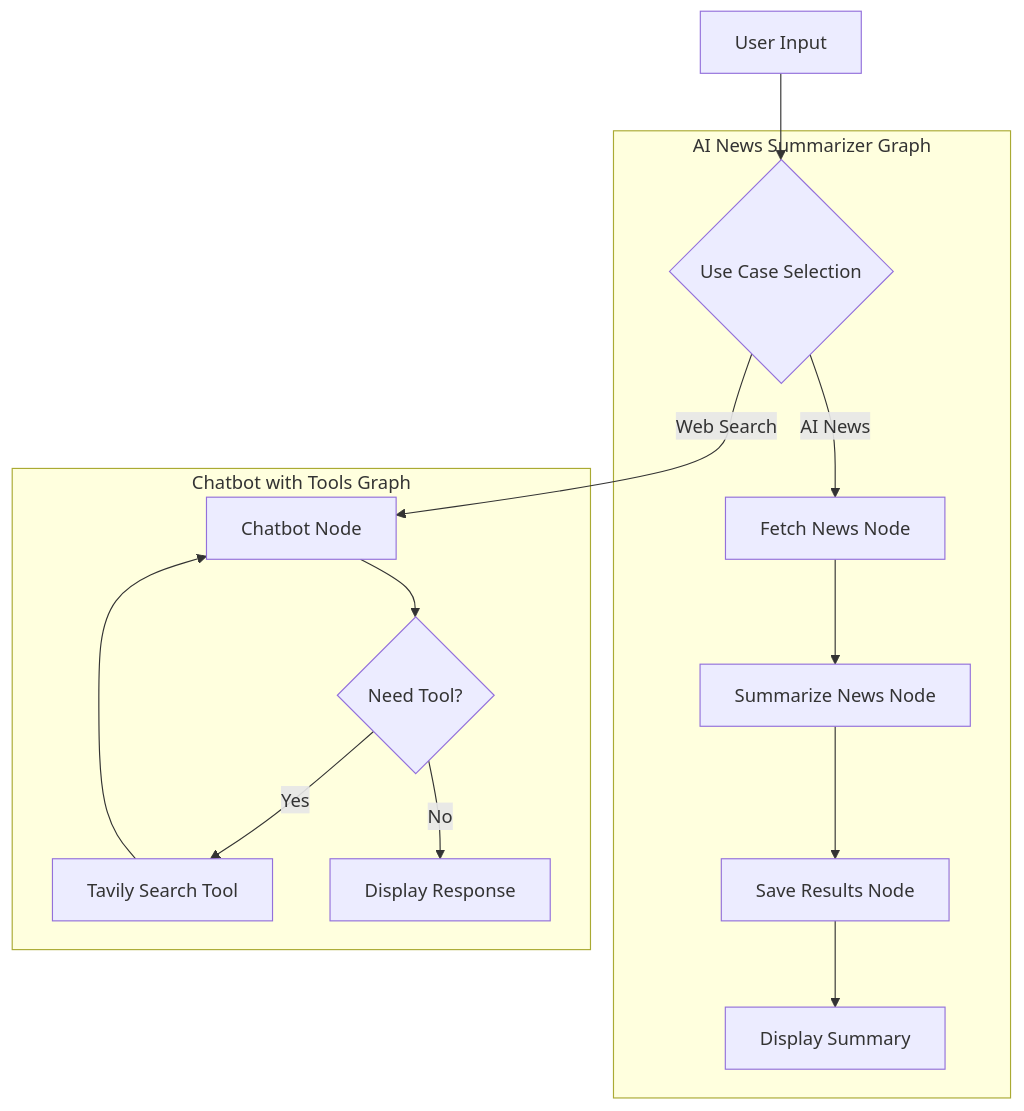
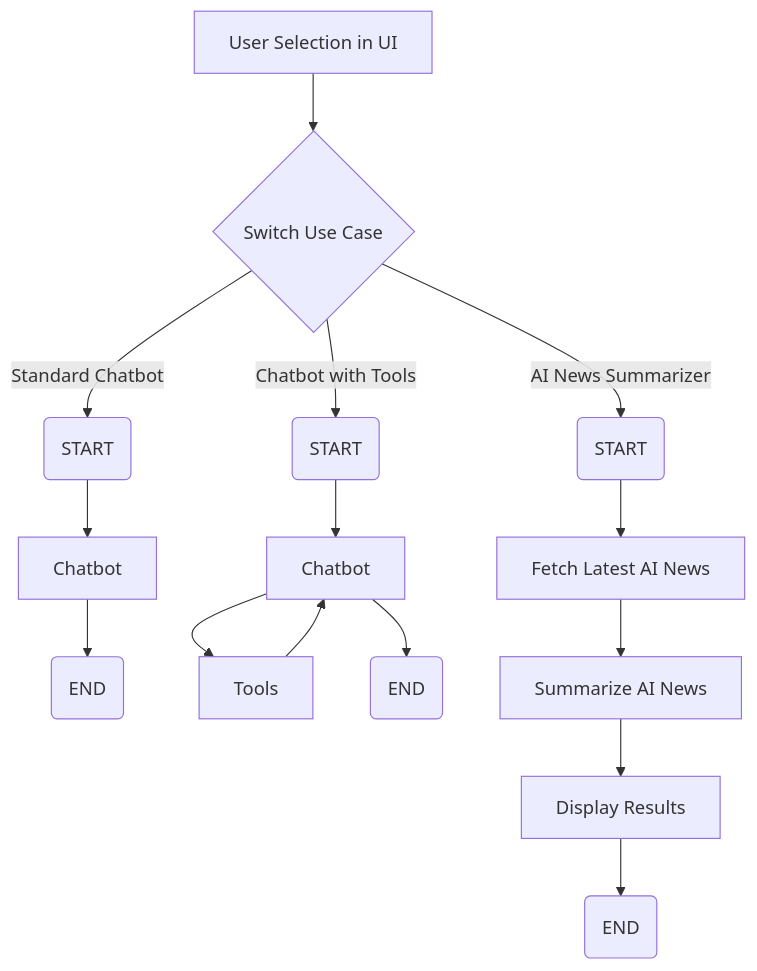
Before and after one commit to elavalasrinivasreddy/AI_News_Summarizer: the diagram in README.md, drawn with Mermaid. The commit also changed other lines of this file, not shown here.

Commit message:
architecture diagram is updated.

````diff
--- a/README.md
+++ b/README.md
@@ -34,19 +34,20 @@
 ```mermaid
 graph TD
-    A[User Input] --> B{Use Case Selection}
-    
-    subgraph "AI News Summarizer Graph"
-    B -->|AI News| C[Fetch News Node]
-    C --> D[Summarize News Node]
-    D --> E[Save Results Node]
-    E --> F[Display Summary]
-    end
-    
-    subgraph "Chatbot with Tools Graph"
-    B -->|Web Search| G[Chatbot Node]
-    G --> H{Need Tool?}
-    H -->|Yes| I[Tavily Search Tool]
-    I --> G
-    H -->|No| J[Display Response]
-    end
+    A[User Selection in UI] --> B{Switch Use Case}
+
+    B -->|Standard Chatbot| START1
+    START1(START) --> NODE1[Chatbot]
+    NODE1 --> END1(END)
+
+    B -->|Chatbot with Tools| START2
+    START2(START) --> NODE2[Chatbot]
+    NODE2 --> TOOLS2[Tools]
+    TOOLS2 --> NODE2
+    NODE2 --> END2(END)
+
+    B -->|AI News Summarizer| START3
+    START3(START) --> NODE3a[Fetch Latest AI News]
+    NODE3a --> NODE3b[Summarize AI News]
+    NODE3b --> NODE3c[Display Results]
+    NODE3c --> END3(END)
 ```
````
